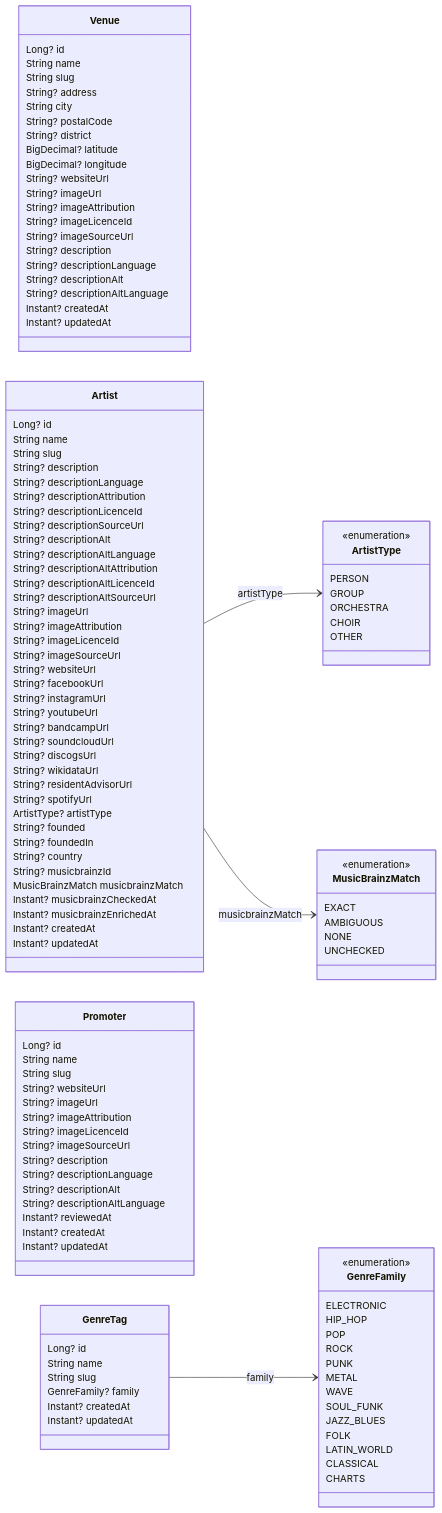
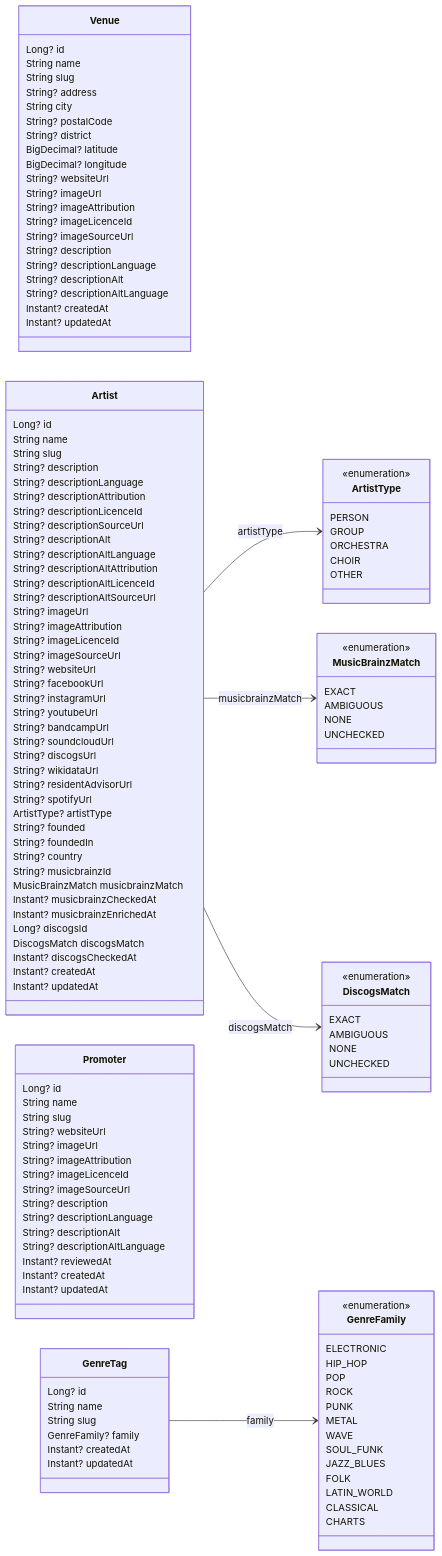
Before and after one commit to enorm-labs/event-junkie: the diagram in docs/DATA_MODEL.md, drawn with Mermaid. The commit also changed other lines of this file and 48 other files, not shown here.

````diff
--- a/docs/DATA_MODEL.md
+++ b/docs/DATA_MODEL.md
@@ -85,6 +85,9 @@
         MusicBrainzMatch musicbrainzMatch
         Instant? musicbrainzCheckedAt
         Instant? musicbrainzEnrichedAt
+        Long? discogsId
+        DiscogsMatch discogsMatch
+        Instant? discogsCheckedAt
         Instant? createdAt
         Instant? updatedAt
     }
@@ -133,6 +136,14 @@
         UNCHECKED
     }
 
+    class DiscogsMatch {
+        <<enumeration>>
+        EXACT
+        AMBIGUOUS
+        NONE
+        UNCHECKED
+    }
+
     class GenreFamily {
         <<enumeration>>
         ELECTRONIC
@@ -152,5 +163,6 @@
 
     Artist --> ArtistType: artistType
     Artist --> MusicBrainzMatch: musicbrainzMatch
+    Artist --> DiscogsMatch: discogsMatch
     GenreTag --> GenreFamily: family
 ```
````
